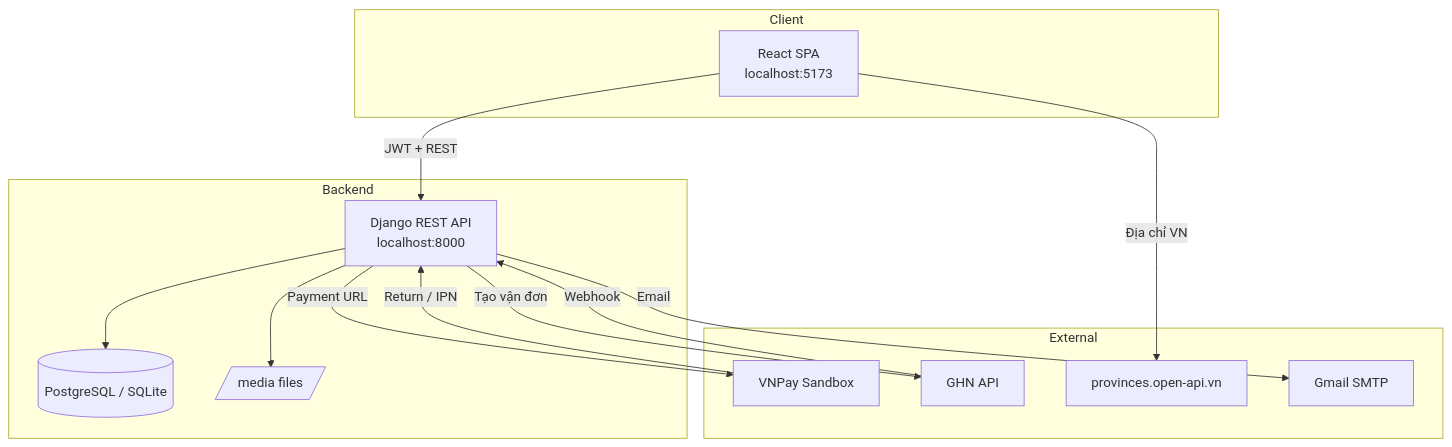
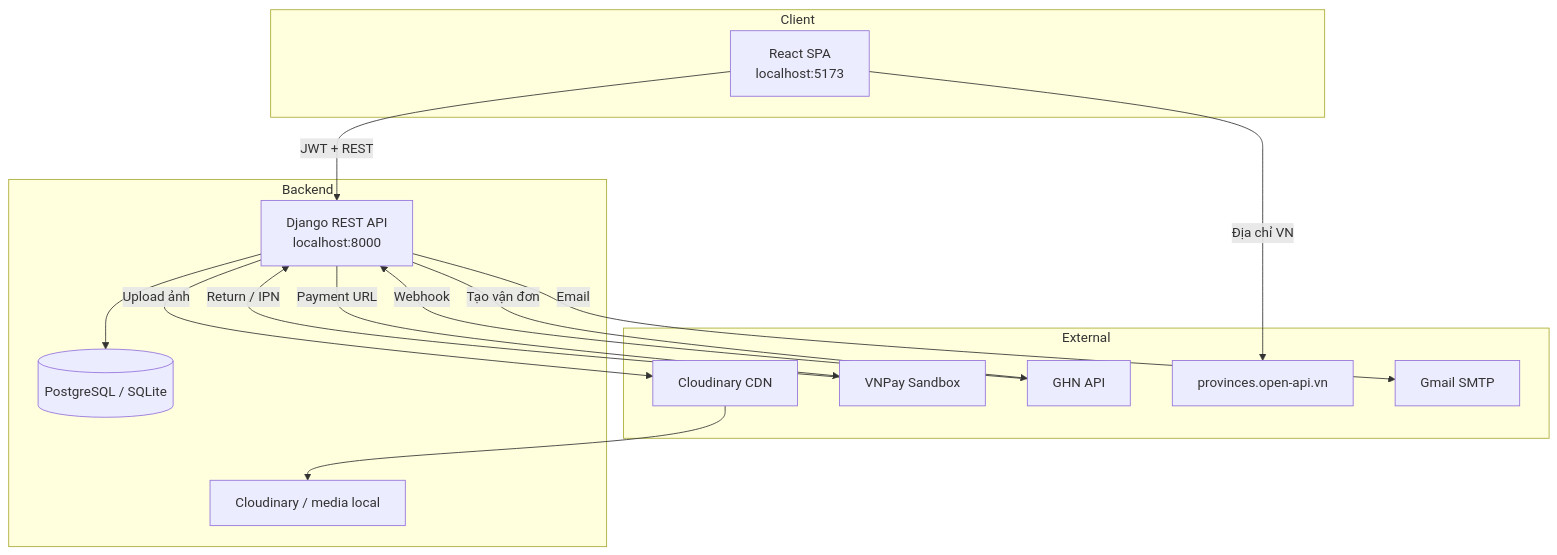
Before and after one commit to bacnguyen2004/pitchzone-store: the diagram in README.md, drawn with Mermaid. The commit also changed other lines of this file and 5 other files, not shown here.

Commit message:
Tich hop Cloudinary cho media khi deploy

````diff
--- a/README.md
+++ b/README.md
@@ -181,29 +181,31 @@
 ```mermaid
 flowchart TB
     subgraph Client
         FE[React SPA<br/>localhost:5173]
     end
 
     subgraph Backend
         API[Django REST API<br/>localhost:8000]
         DB[(PostgreSQL / SQLite)]
-        MEDIA[/media files/]
+        MEDIA[Cloudinary / media local]
     end
 
     subgraph External
+        CDN[Cloudinary CDN]
         VNP[VNPay Sandbox]
         GHN[GHN API]
         ADDR[provinces.open-api.vn]
         SMTP[Gmail SMTP]
     end
 
     FE -->|JWT + REST| API
     API --> DB
-    API --> MEDIA
+    API -->|Upload ảnh| CDN
+    CDN --> MEDIA
     FE -->|Địa chỉ VN| ADDR
     API -->|Payment URL| VNP
     VNP -->|Return / IPN| API
     API -->|Tạo vận đơn| GHN
     GHN -->|Webhook| API
     API -->|Email| SMTP
 ```
````
